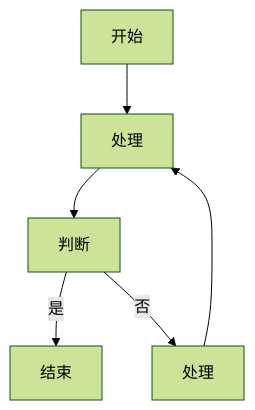
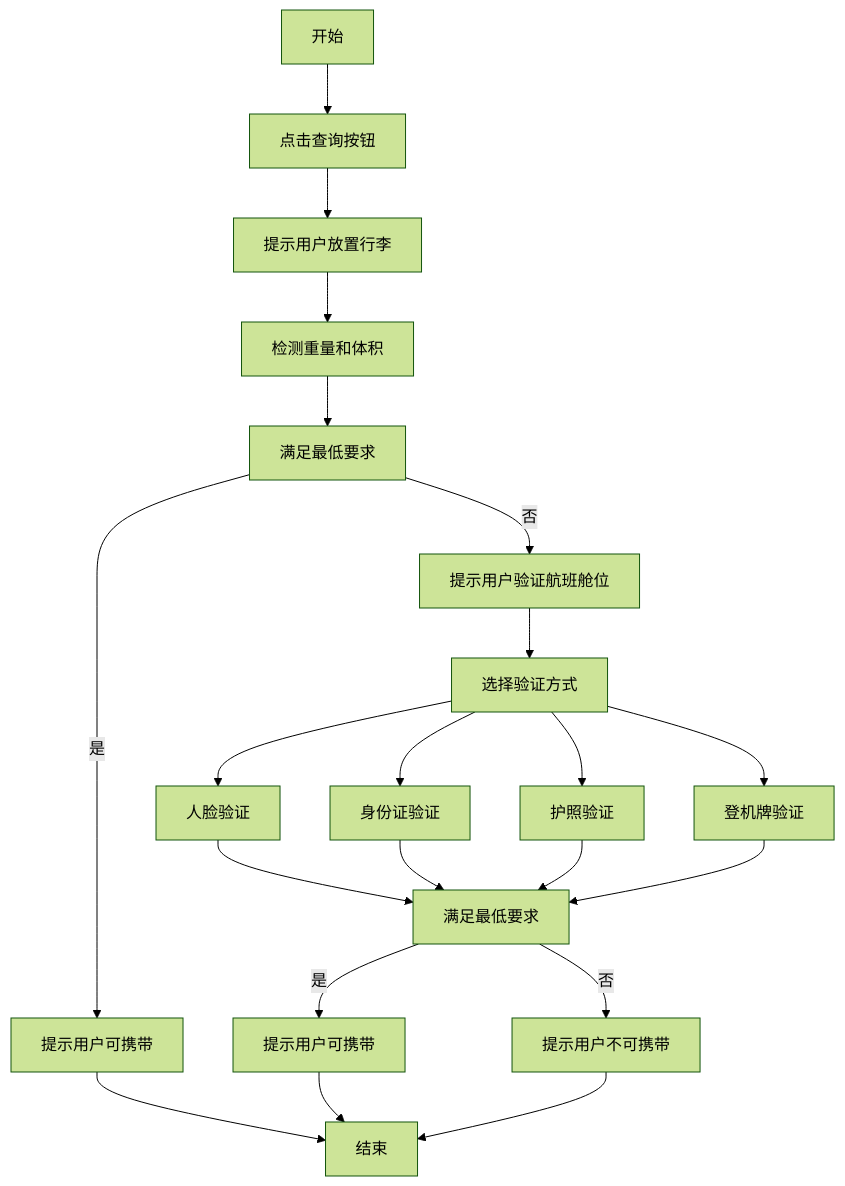
The first of 3 diagrams in gallery/baggage_measurer.md (changweihua/changweihua.github.io), drawn with Mermaid (forest theme) before and after one commit. The commit also changed other lines of this file and 95 other files, not shown here.

````diff
--- a/gallery/baggage_measurer.md
+++ b/gallery/baggage_measurer.md
@@ -19,8 +23,24 @@
 ```mermaid
 graph TB
-  A[开始] --> B[处理]
-  B --> C[判断]
-  C --是--> D[结束]
-  C --否--> E[处理]
-  E --> B
+  A[开始] --> B[点击查询按钮]
+  B --> C[提示用户放置行李]
+  C --> D[检测重量和体积]
+  D --> E[满足最低要求]
+  E --是--> F[提示用户可携带]
+  F --> Z[结束]
+  E --否--> G[提示用户验证航班舱位]
+  G --> H[选择验证方式]
+  H --> I1[人脸验证]
+  H --> I2[身份证验证]
+  H --> I3[护照验证]
+  H --> I4[登机牌验证]
+  I1 --> J[满足最低要求]
+  I2 --> J[满足最低要求]
+  I3 --> J[满足最低要求]
+  I4 --> J[满足最低要求]
+  J --是--> K[提示用户可携带]
+  J --否--> L[提示用户不可携带]
+  K --> Z[结束]
+  L --> Z[结束]
+
 ```
````
